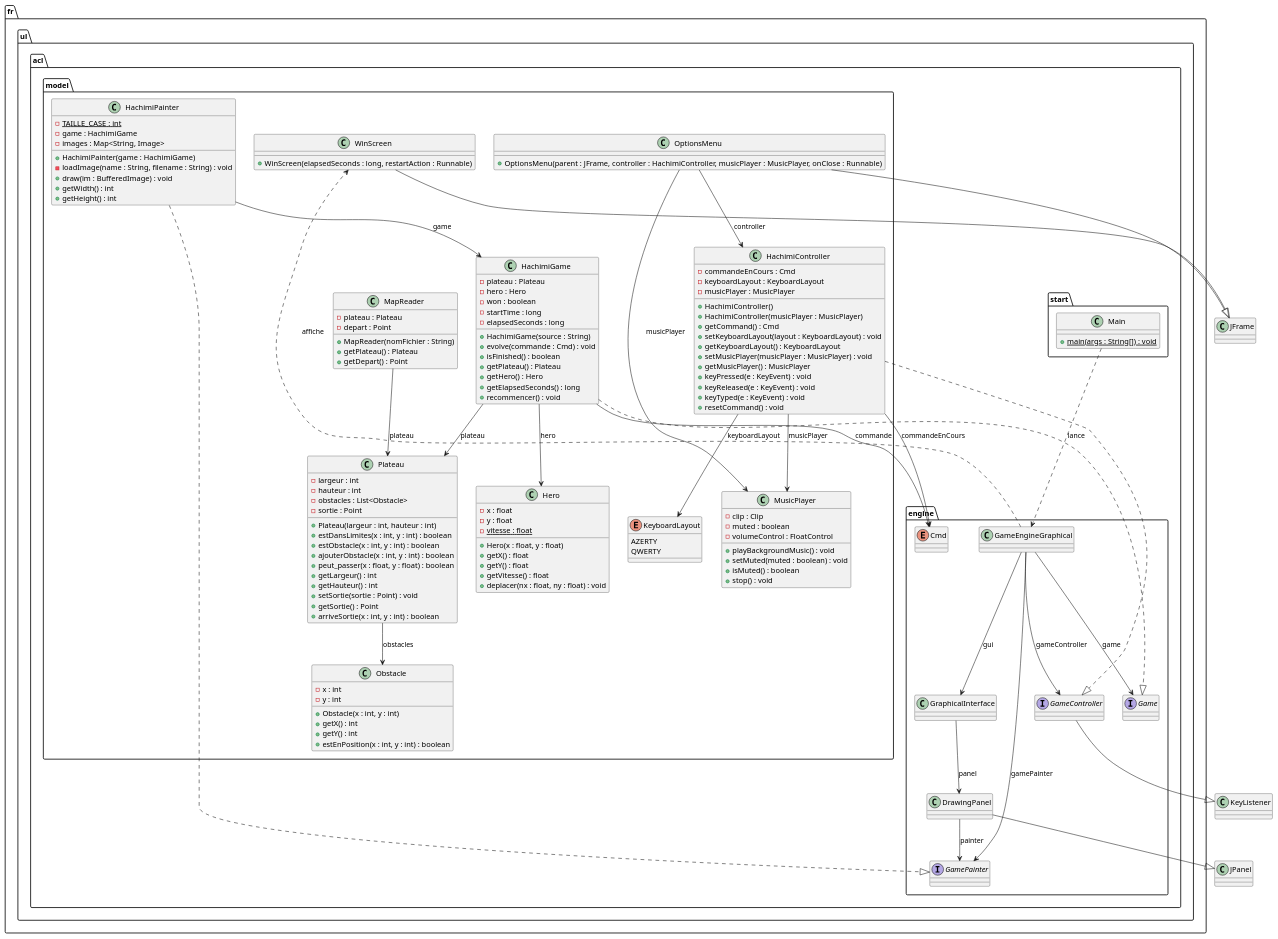
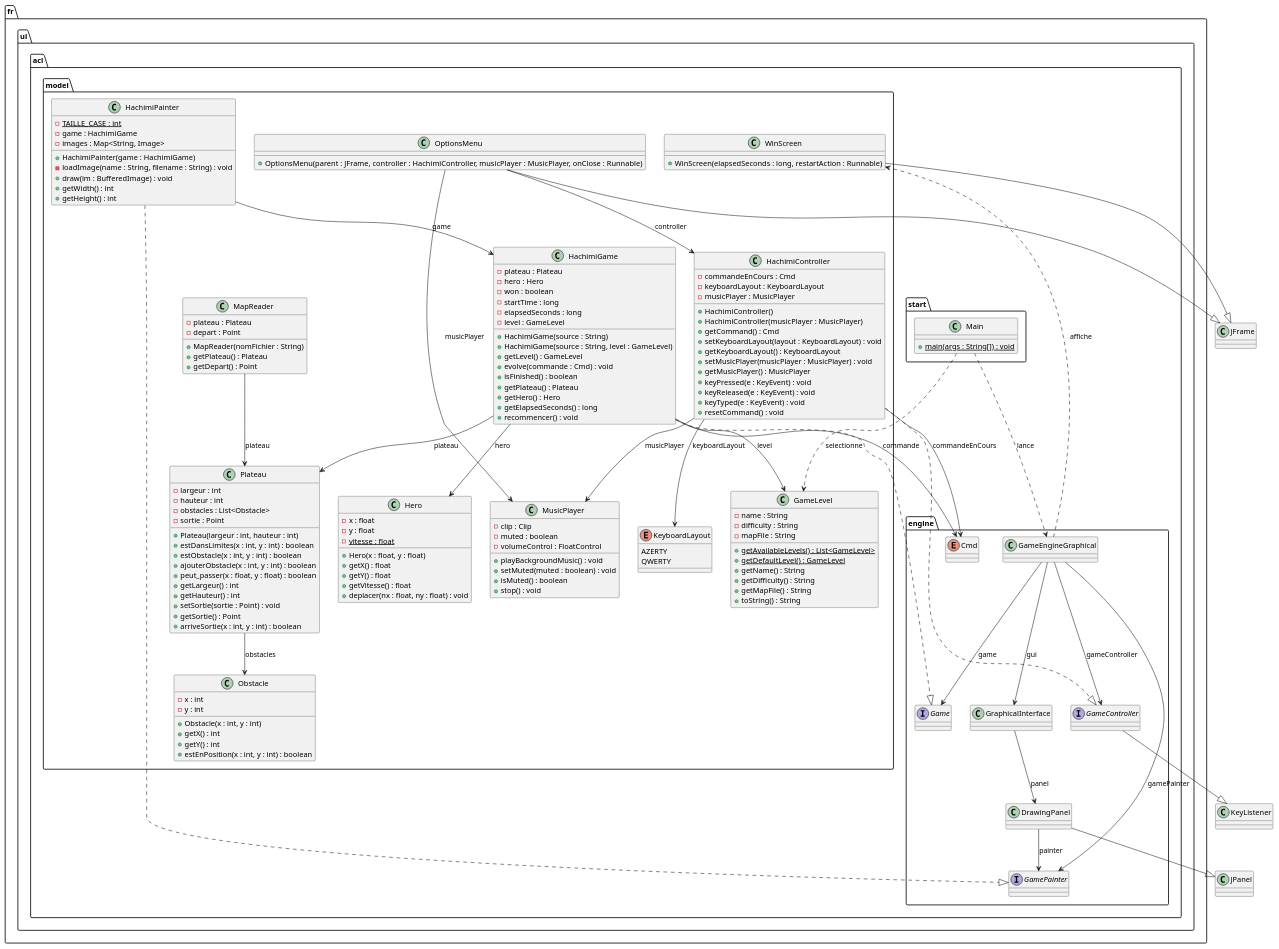
Before and after one commit to baraeerriyachy/pacman: the diagram in backlog/sprint2/v1.puml, drawn with PlantUML. The commit also changed 9 other files, not shown here.

Commit message:
Add multiple difficulty levels and maps

```diff
--- a/backlog/sprint2/v1.puml
+++ b/backlog/sprint2/v1.puml
@@ -1,175 +1,192 @@
 @startuml
 package "fr.ul.acl.start" {
     class Main {
         + {static} main(args : String[]) : void
     }
 }
 
 package "fr.ul.acl.engine" {
     class GameEngineGraphical {
     }
 
     class DrawingPanel {
     }
 
     class GraphicalInterface {
     }
 
     interface GamePainter {
     }
 
     interface GameController {
     }
 
     interface Game {
     }
 
     enum Cmd {
     }
 }
 
 package "fr.ul.acl.model" {
     class Hero{
         - x : float
         - y : float
         - {static} vitesse : float
         + Hero(x : float, y : float)
         + getX() : float
         + getY() : float
         + getVitesse() : float
         + deplacer(nx : float, ny : float) : void
     }
 
     class HachimiGame {
         - plateau : Plateau
         - hero : Hero
         - won : boolean
         - startTime : long
         - elapsedSeconds : long
+        - level : GameLevel
         + HachimiGame(source : String)
+        + HachimiGame(source : String, level : GameLevel)
+        + getLevel() : GameLevel
         + evolve(commande : Cmd) : void
         + isFinished() : boolean
         + getPlateau() : Plateau
         + getHero() : Hero
         + getElapsedSeconds() : long
         + recommencer() : void
+    }
+
+    class GameLevel {
+        - name : String
+        - difficulty : String
+        - mapFile : String
+        + {static} getAvailableLevels() : List<GameLevel>
+        + {static} getDefaultLevel() : GameLevel
+        + getName() : String
+        + getDifficulty() : String
+        + getMapFile() : String
+        + toString() : String
     }
 
     class HachimiPainter {
         - {static} TAILLE_CASE : int
         - game : HachimiGame
         - images : Map<String, Image>
         + HachimiPainter(game : HachimiGame)
         - loadImage(name : String, filename : String) : void
         + draw(im : BufferedImage) : void
         + getWidth() : int
         + getHeight() : int
     }
 
     class HachimiController {
         - commandeEnCours : Cmd
         - keyboardLayout : KeyboardLayout
         - musicPlayer : MusicPlayer
         + HachimiController()
         + HachimiController(musicPlayer : MusicPlayer)
         + getCommand() : Cmd
         + setKeyboardLayout(layout : KeyboardLayout) : void
         + getKeyboardLayout() : KeyboardLayout
         + setMusicPlayer(musicPlayer : MusicPlayer) : void
         + getMusicPlayer() : MusicPlayer
         + keyPressed(e : KeyEvent) : void
         + keyReleased(e : KeyEvent) : void
         + keyTyped(e : KeyEvent) : void
         + resetCommand() : void
     }
 
     class Plateau {
         - largeur : int
         - hauteur : int
         - obstacles : List<Obstacle>
         - sortie : Point
         + Plateau(largeur : int, hauteur : int)
         + estDansLimites(x : int, y : int) : boolean
         + estObstacle(x : int, y : int) : boolean
         + ajouterObstacle(x : int, y : int) : boolean
         + peut_passer(x : float, y : float) : boolean
         + getLargeur() : int
         + getHauteur() : int
         + setSortie(sortie : Point) : void
         + getSortie() : Point
         + arriveSortie(x : int, y : int) : boolean
     }
 
     class Obstacle {
         - x : int
         - y : int
         + Obstacle(x : int, y : int)
         + getX() : int
         + getY() : int
         + estEnPosition(x : int, y : int) : boolean
     }
 
     class MapReader {
         - plateau : Plateau
         - depart : Point
         + MapReader(nomFichier : String)
         + getPlateau() : Plateau
         + getDepart() : Point
     }
 
     class MusicPlayer {
         - clip : Clip
         - muted : boolean
         - volumeControl : FloatControl
         + playBackgroundMusic() : void
         + setMuted(muted : boolean) : void
         + isMuted() : boolean
         + stop() : void
     }
 
     enum KeyboardLayout {
         AZERTY
         QWERTY
     }
 
     class OptionsMenu {
         + OptionsMenu(parent : JFrame, controller : HachimiController, musicPlayer : MusicPlayer, onClose : Runnable)
     }
 
     class WinScreen {
         + WinScreen(elapsedSeconds : long, restartAction : Runnable)
     }
 }
 
 ' Inheritance and implementation
 HachimiPainter ..|> GamePainter
 HachimiGame ..|> Game
 HachimiController ..|> GameController
 DrawingPanel --|> JPanel
 OptionsMenu --|> JFrame
 WinScreen --|> JFrame
 GameController --|> KeyListener
 
 ' Engine relationships
 GameEngineGraphical --> Game : game
 GameEngineGraphical --> GamePainter : gamePainter
 GameEngineGraphical --> GameController : gameController
 GameEngineGraphical --> GraphicalInterface : gui
 DrawingPanel --> GamePainter : painter
 GraphicalInterface --> DrawingPanel : panel
 GameEngineGraphical ..> WinScreen : affiche
 
 ' Model relationships
 HachimiPainter --> HachimiGame : game
 HachimiGame --> Plateau : plateau
+HachimiGame --> GameLevel : level
 HachimiGame --> Hero : hero
 HachimiGame --> Cmd : commande
 HachimiController --> Cmd : commandeEnCours
 HachimiController --> KeyboardLayout : keyboardLayout
 HachimiController --> MusicPlayer : musicPlayer
 MapReader --> Plateau : plateau
 Plateau --> Obstacle : obstacles
 OptionsMenu --> HachimiController : controller
 OptionsMenu --> MusicPlayer : musicPlayer
 Main ..> GameEngineGraphical : lance
+Main ..> GameLevel : selectionne
 @enduml
```
